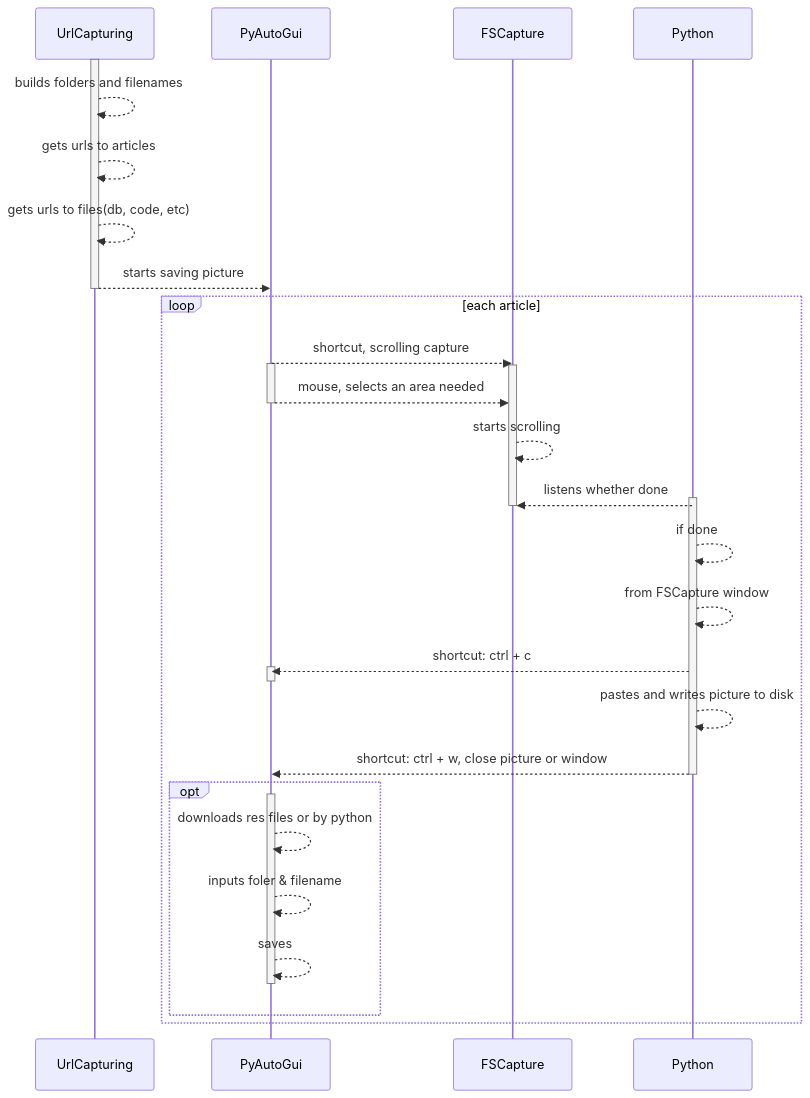
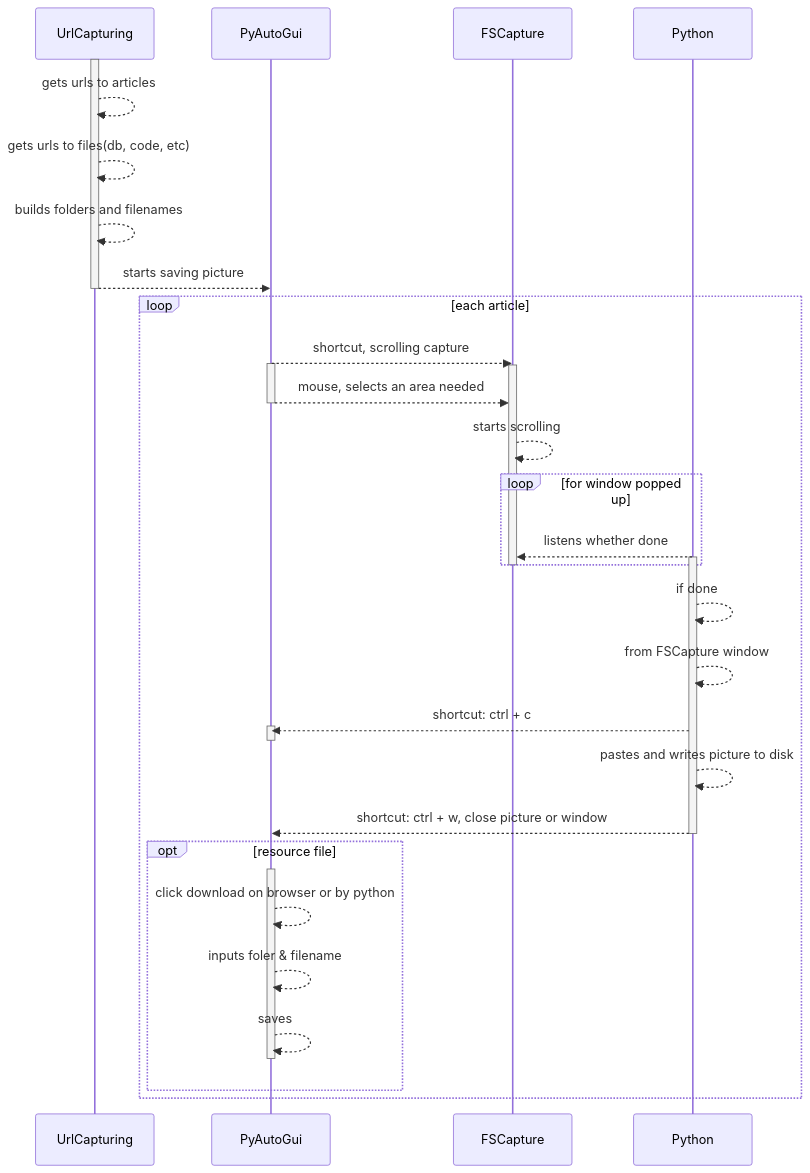
The fourth of 4 diagrams in z-article-capturing.md (chanchan098/Docs), drawn with Mermaid before and after one commit. The commit also changed other lines of this file and 55 other files, not shown here.

````diff
--- a/z-article-capturing.md
+++ b/z-article-capturing.md
@@ -83,40 +84,42 @@
 ```mermaid
 sequenceDiagram    
     activate UrlCapturing
-        UrlCapturing-->>UrlCapturing: builds folders and filenames
         UrlCapturing-->>UrlCapturing: gets urls to articles
         UrlCapturing-->>UrlCapturing: gets urls to files(db, code, etc)
+        UrlCapturing-->>UrlCapturing: builds folders and filenames
         UrlCapturing-->>PyAutoGui: starts saving picture
     deactivate UrlCapturing
 
     loop each article
         PyAutoGui-->>FSCapture: shortcut, scrolling capture
         activate PyAutoGui
             activate FSCapture
             PyAutoGui-->>FSCapture: mouse, selects an area needed
         deactivate PyAutoGui
     
         FSCapture-->>FSCapture: starts scrolling
 
+        loop for window popped up
         Python-->>FSCapture: listens whether done
+        end
         activate Python
             deactivate FSCapture
             Python-->>Python: if done
             Python-->>Python: from FSCapture window
             Python-->>PyAutoGui: shortcut: ctrl + c 
             activate PyAutoGui
             deactivate PyAutoGui
         
             Python-->>Python: pastes and writes picture to disk
             Python-->>PyAutoGui: shortcut: ctrl + w, close picture or window 
         deactivate Python
         
-        opt
+        opt resource file 
             activate PyAutoGui
-                PyAutoGui-->>PyAutoGui: downloads res files or by python
+                PyAutoGui-->>PyAutoGui: click download on browser or by python
                 PyAutoGui-->>PyAutoGui: inputs foler & filename
                 PyAutoGui-->>PyAutoGui: saves
             deactivate PyAutoGui
         end
     end
 ```
````
